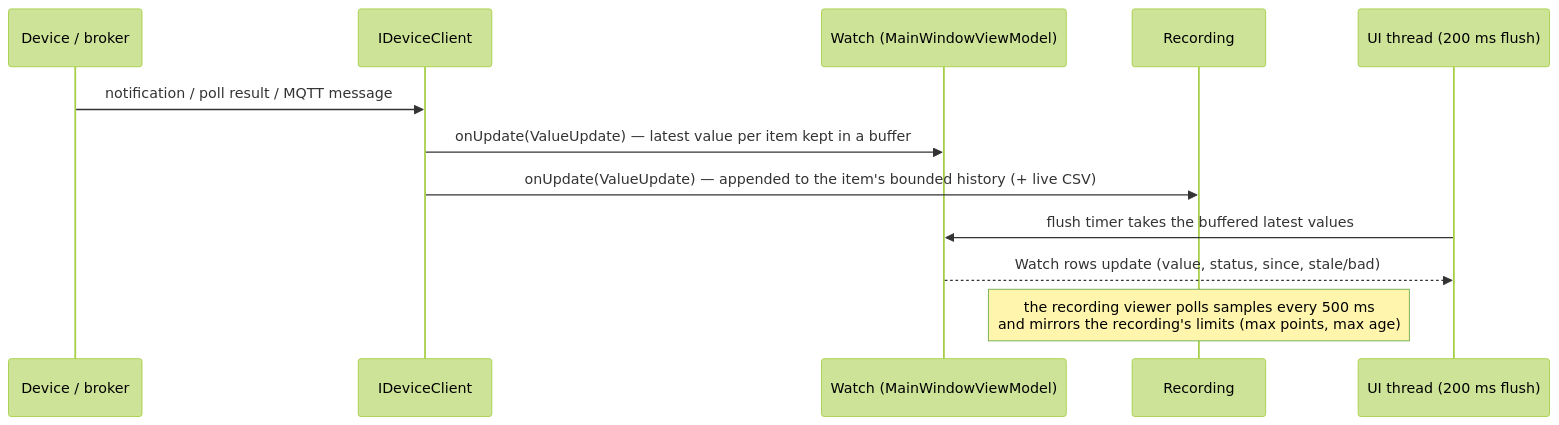
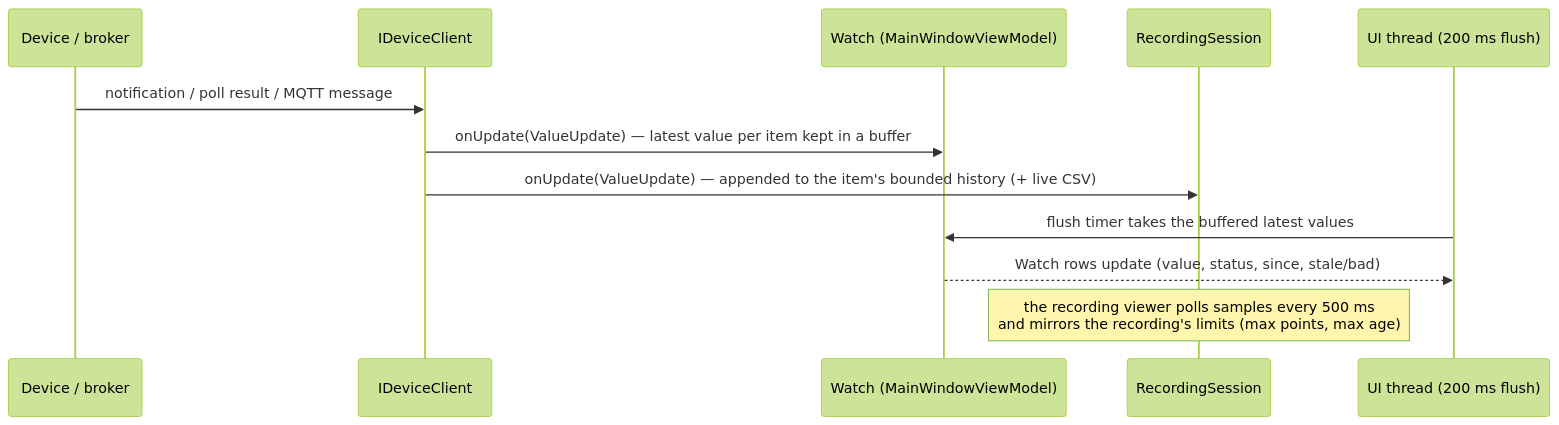
One commit to ZaoralJ/MachineDataBrowser changed the third of 5 diagrams in docs/architecture.md. Above: the diagram before and after it, drawn with Mermaid (forest theme). The commit also changed other lines of this file and 73 other files, not shown here.

````diff
--- a/docs/architecture.md
+++ b/docs/architecture.md
@@ -167,15 +170,15 @@
 ```mermaid
 sequenceDiagram
     participant D as Device / broker
     participant C as IDeviceClient
     participant W as Watch (MainWindowViewModel)
-    participant R as Recording
+    participant R as RecordingSession
     participant UI as UI thread (200 ms flush)
 
     D->>C: notification / poll result / MQTT message
     C->>W: onUpdate(ValueUpdate) — latest value per item kept in a buffer
     C->>R: onUpdate(ValueUpdate) — appended to the item's bounded history (+ live CSV)
     UI->>W: flush timer takes the buffered latest values
     W-->>UI: Watch rows update (value, status, since, stale/bad)
     Note over R: the recording viewer polls samples every 500 ms<br/>and mirrors the recording's limits (max points, max age)
 ```
````
